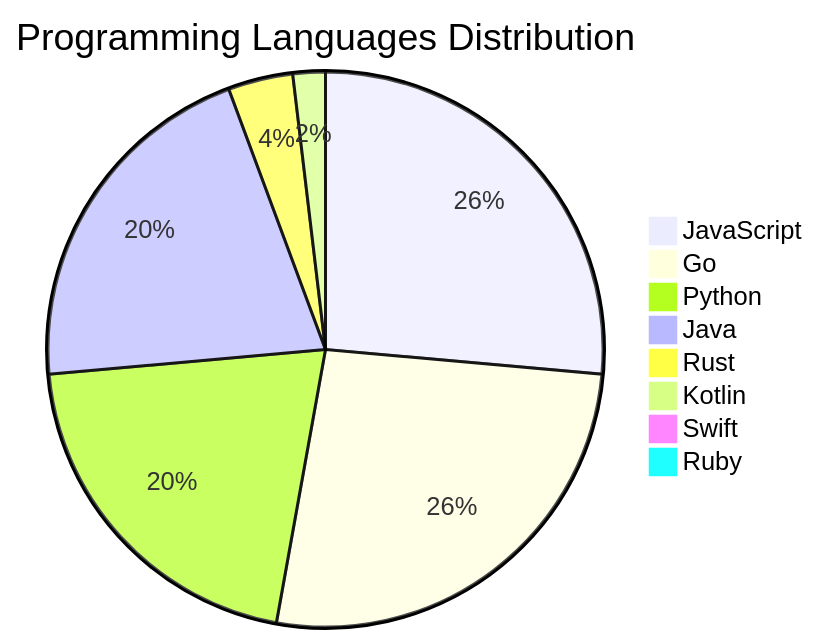
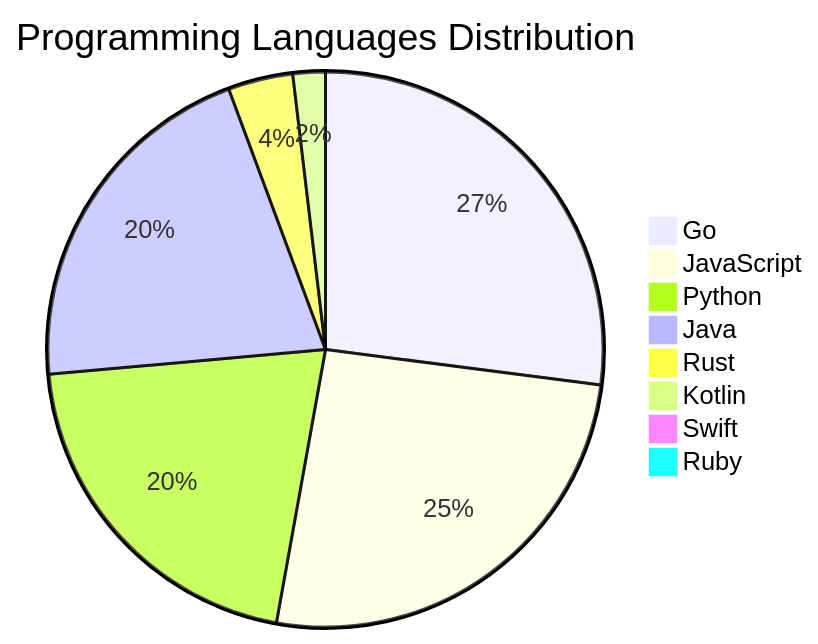
Before and after one commit to Derrick-MUGISHA/github-activity-bot: the diagram in README.md, drawn with Mermaid. The commit also changed other lines of this file and 4 other files, not shown here.

````diff
--- a/README.md
+++ b/README.md
@@ -208,11 +208,11 @@
 ```mermaid
 pie title Programming Languages Distribution
-    "JavaScript" : 42
-    "Go" : 42
+    "Go" : 43
+    "JavaScript" : 41
     "Python" : 33
     "Java" : 33
     "Rust" : 6
     "Kotlin" : 3
     "Swift" : 1
     "Ruby" : 1
 ```
````
